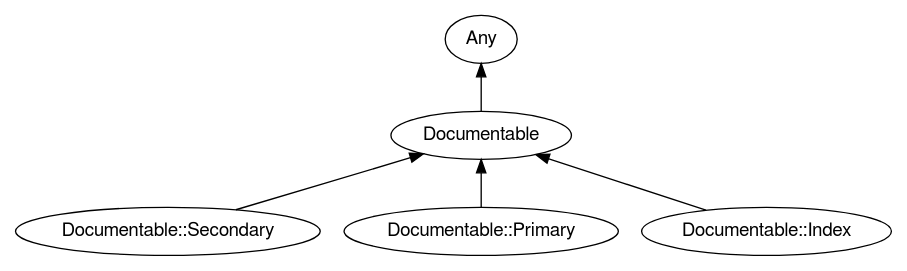
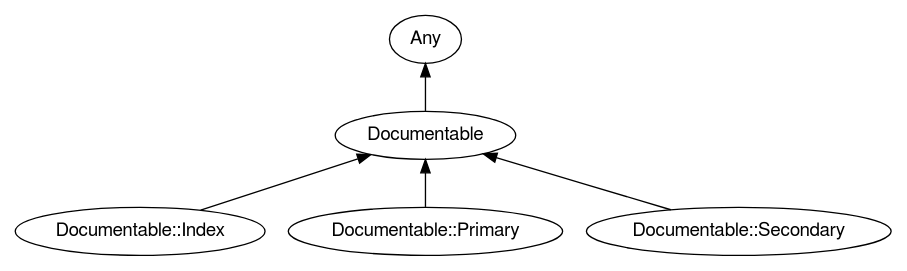
The diagram in images/type-graph-Documentable.svg.dot (softmoth/Documentable), drawn with Graphviz before and after one commit. The commit also changed other lines of this file and 11 other files, not shown here.

```diff
--- a/images/type-graph-Documentable.svg.dot
+++ b/images/type-graph-Documentable.svg.dot
@@ -1,19 +1,19 @@
 digraph "perl6-type-graph" {
     rankdir=BT;
     splines=polyline;
     overlap=false; 
     // Types
     "Documentable" [color="#000000", fontcolor="#000000", href="/type/Documentable", fontname="FreeSans"];
     "Any" [color="#000000", fontcolor="#000000", href="/type/Any", fontname="FreeSans"];
+    "Documentable::Index" [color="#000000", fontcolor="#000000", href="/type/Documentable::Index", fontname="FreeSans"];
+    "Documentable::Primary" [color="#000000", fontcolor="#000000", href="/type/Documentable::Primary", fontname="FreeSans"];
     "Documentable::Secondary" [color="#000000", fontcolor="#000000", href="/type/Documentable::Secondary", fontname="FreeSans"];
-    "Documentable::Primary" [color="#000000", fontcolor="#000000", href="/type/Documentable::Primary", fontname="FreeSans"];
-    "Documentable::Index" [color="#000000", fontcolor="#000000", href="/type/Documentable::Index", fontname="FreeSans"];
 
     // Superclasses
     "Documentable" -> "Any" [color="#000000"];
+    "Documentable::Index" -> "Documentable" [color="#000000"];
+    "Documentable::Primary" -> "Documentable" [color="#000000"];
     "Documentable::Secondary" -> "Documentable" [color="#000000"];
-    "Documentable::Primary" -> "Documentable" [color="#000000"];
-    "Documentable::Index" -> "Documentable" [color="#000000"];
 
     // Roles
 }
```
